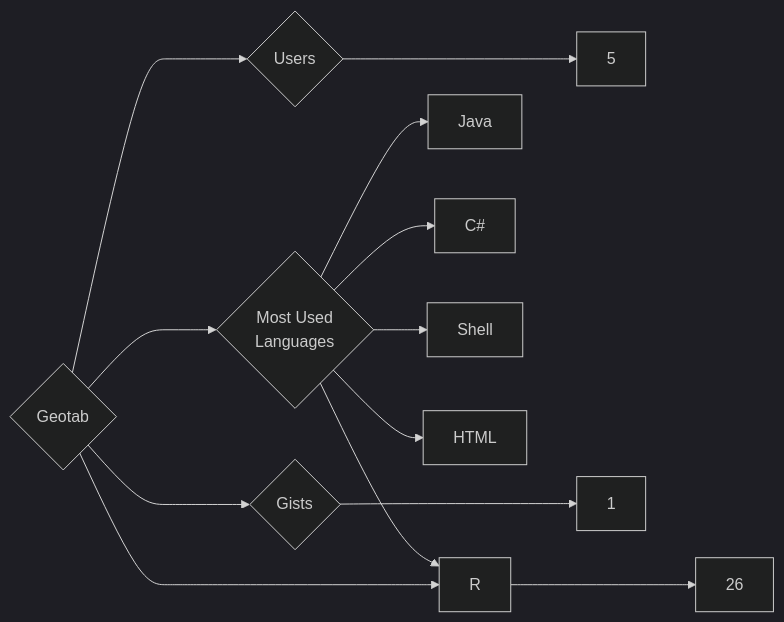
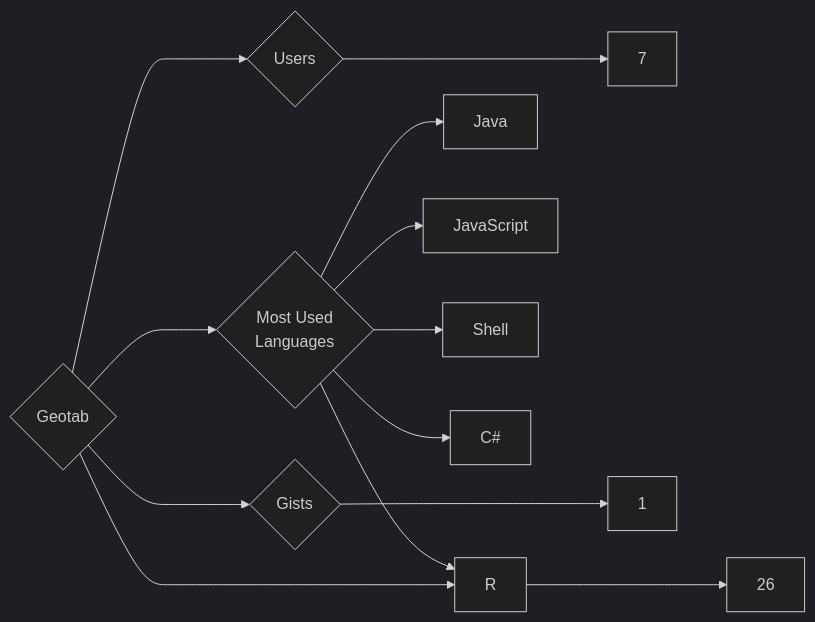
Before and after one commit to trickest/insiders: the diagram in targets/Geotab/README.md, drawn with Mermaid (dark theme). The commit also changed 985 other files, not shown here.

````diff
--- a/targets/Geotab/README.md
+++ b/targets/Geotab/README.md
@@ -3,13 +3,13 @@
 ```mermaid
 graph LR
 COMPANY_NAME{Geotab}
-COMPANY_NAME ---> U{Users} ---> UN[5]
+COMPANY_NAME ---> U{Users} ---> UN[7]
 COMPANY_NAME ---> R{Repositories} ---> RN[26]
 COMPANY_NAME ---> G{Gists} ---> GN[1]
 COMPANY_NAME ---> ML{Most Used<br>Languages}
 ML --> Java[Java]
-ML --> C#[C#]
+ML --> JavaScript[JavaScript]
 ML --> Shell[Shell]
 ML --> R[R]
-ML --> HTML[HTML]
+ML --> C#[C#]
 ```
````
